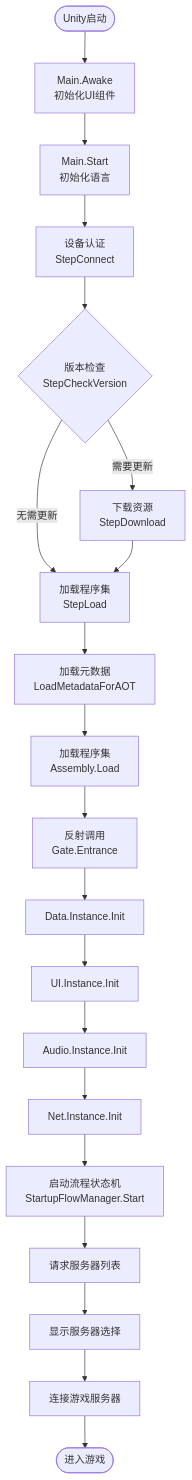
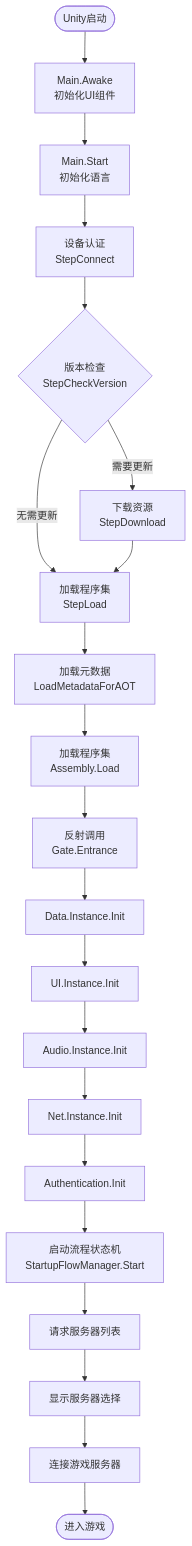
The second of 2 diagrams in Documents/Architecture/启动流程详解.md (zlex001/LOA-Client), drawn with Mermaid before and after one commit. The commit also changed other lines of this file and 1 other file, not shown here.

````diff
--- a/Documents/Architecture/启动流程详解.md
+++ b/Documents/Architecture/启动流程详解.md
@@ -383,26 +384,27 @@
 ```mermaid
 flowchart TD
     Start([Unity启动]) --> Awake[Main.Awake<br/>初始化UI组件]
     Awake --> StartMethod[Main.Start<br/>初始化语言]
     StartMethod --> Auth[设备认证<br/>StepConnect]
     Auth --> CheckVer{版本检查<br/>StepCheckVersion}
     
     CheckVer -->|需要更新| Download[下载资源<br/>StepDownload]
     CheckVer -->|无需更新| Load[加载程序集<br/>StepLoad]
     Download --> Load
     
     Load --> Metadata[加载元数据<br/>LoadMetadataForAOT]
     Metadata --> Assembly[加载程序集<br/>Assembly.Load]
     Assembly --> Gate[反射调用<br/>Gate.Entrance]
     
     Gate --> InitData[Data.Instance.Init]
     InitData --> InitUI[UI.Instance.Init]
     InitUI --> InitAudio[Audio.Instance.Init]
     InitAudio --> InitNet[Net.Instance.Init]
-    InitNet --> StartFlow[启动流程状态机<br/>StartupFlowManager.Start]
+    InitNet --> InitAuth[Authentication.Init]
+    InitAuth --> StartFlow[启动流程状态机<br/>StartupFlowManager.Start]
     
     StartFlow --> RequestGW[请求服务器列表]
     RequestGW --> ShowServer[显示服务器选择]
     ShowServer --> ConnectGame[连接游戏服务器]
     ConnectGame --> EnterGame([进入游戏])
 ```
````
